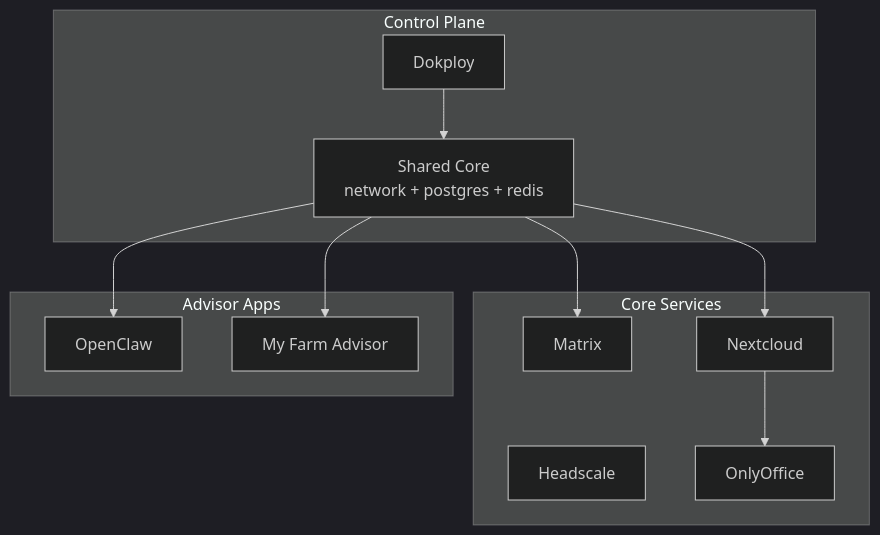
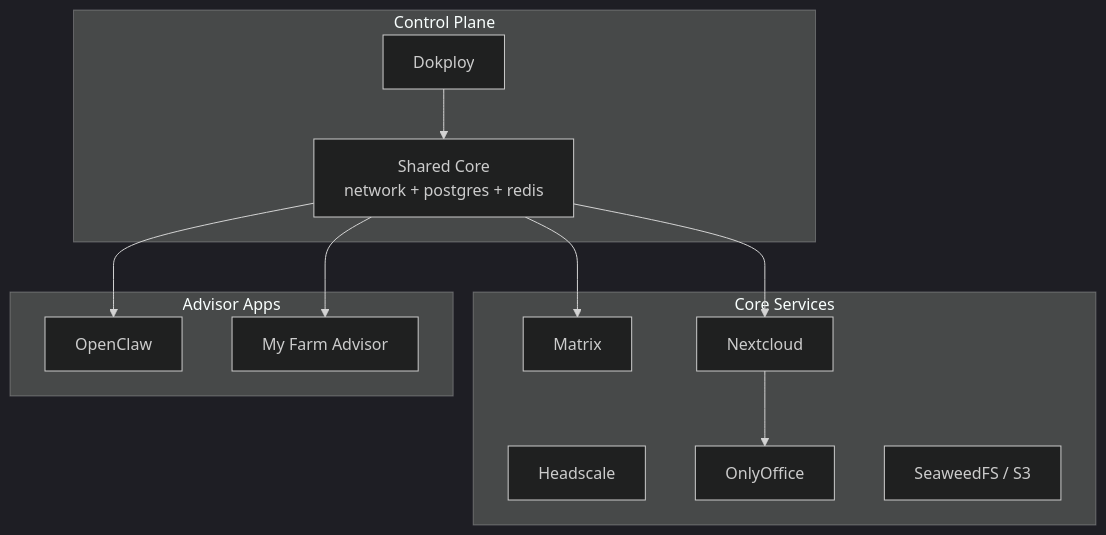
Before and after one commit to borealBytes/dokploy-wizard: the third of 3 diagrams in README.md, drawn with Mermaid (dark theme). The commit also changed other lines of this file, not shown here.

````diff
--- a/README.md
+++ b/README.md
@@ -303,26 +323,27 @@
 ```mermaid
 flowchart TD
     subgraph ControlPlane[Control Plane]
         Dokploy[Dokploy]
         SharedCore[Shared Core<br/>network + postgres + redis]
     end
 
     subgraph CoreServices[Core Services]
         Headscale[Headscale]
         Matrix[Matrix]
         Nextcloud[Nextcloud]
         OnlyOffice[OnlyOffice]
+        SeaweedFS[SeaweedFS / S3]
     end
 
     subgraph AdvisorApps[Advisor Apps]
         OpenClaw[OpenClaw]
         MFA[My Farm Advisor]
     end
 
     Dokploy --> SharedCore
     SharedCore --> Matrix
     SharedCore --> Nextcloud
     SharedCore --> OpenClaw
     SharedCore --> MFA
     Nextcloud --> OnlyOffice
 ```
````
